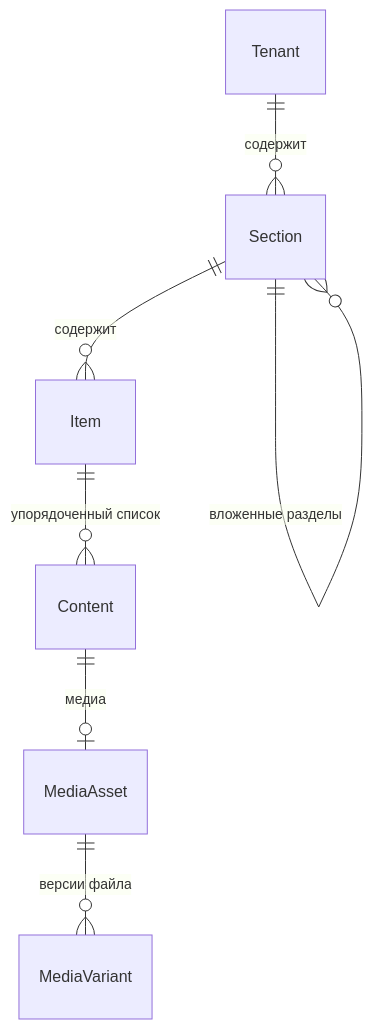
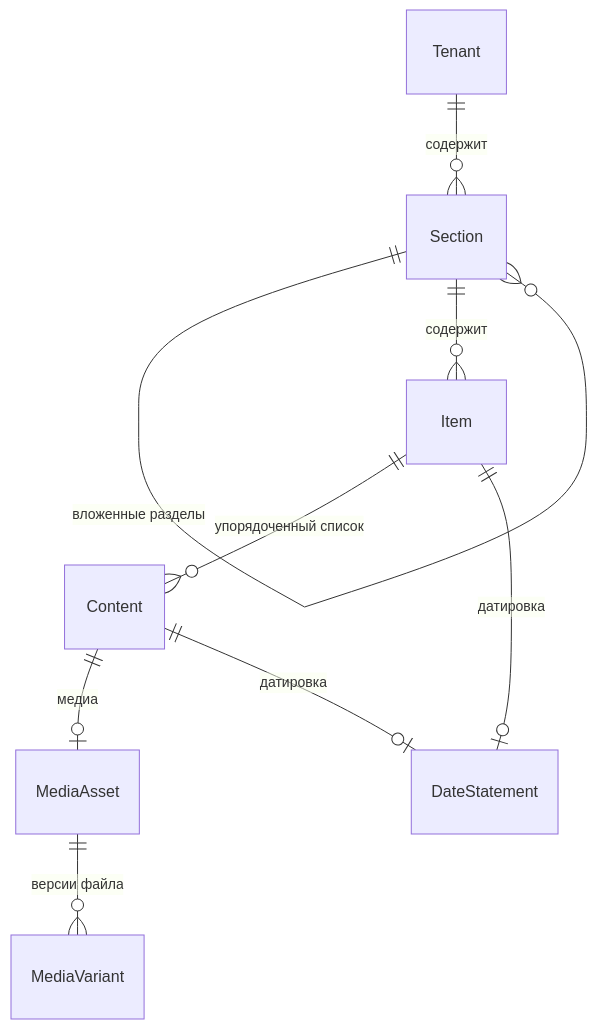
The diagram in Domain Model part 1.md (KiraKhvan/memory_docs), drawn with Mermaid before and after one commit. The commit also changed other lines of this file, not shown here.

````diff
--- a/Domain Model part 1.md
+++ b/Domain Model part 1.md
@@ -16,11 +16,13 @@
 ```mermaid
 erDiagram
     Tenant ||--o{ Section : "содержит"
 
     Section ||--o{ Section : "вложенные разделы"
     Section ||--o{ Item : "содержит"
     Item ||--o{ Content : "упорядоченный список"
     Content ||--o| MediaAsset : "медиа"
+    Item ||--o| DateStatement : "датировка"
+    Content ||--o| DateStatement : "датировка"
 
     MediaAsset ||--o{ MediaVariant : "версии файла"
 ```
````
